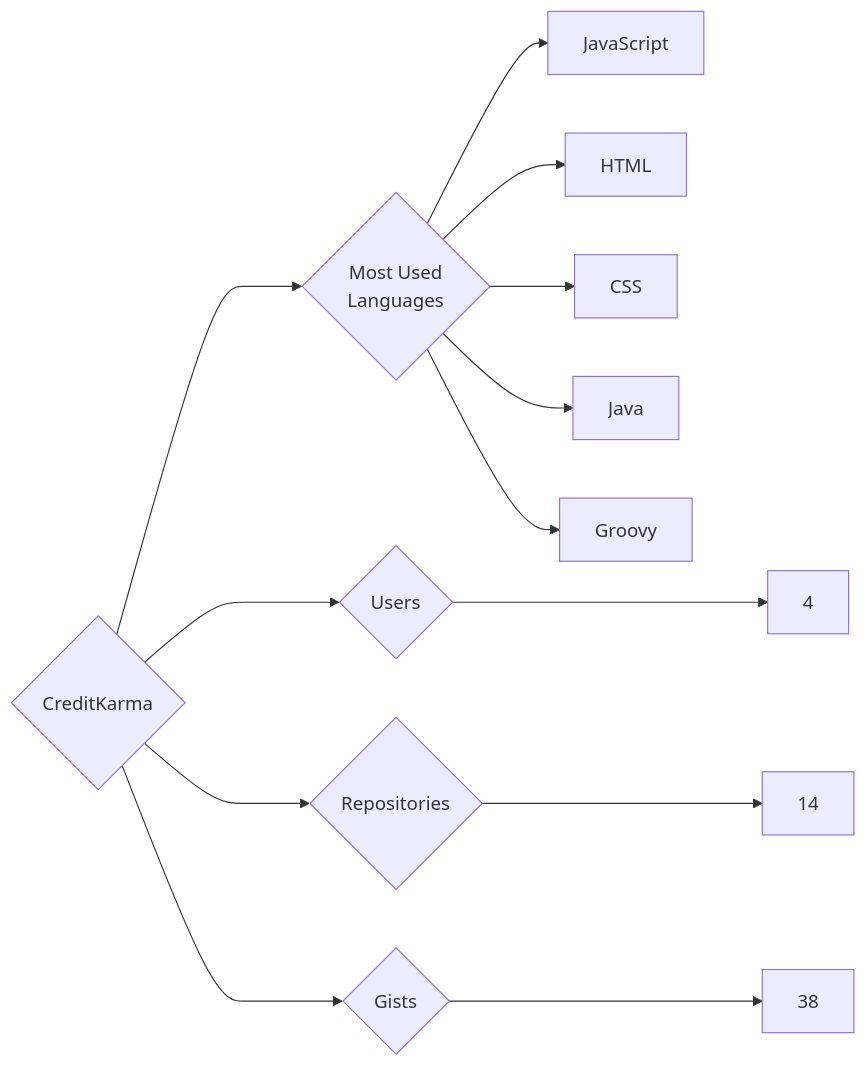
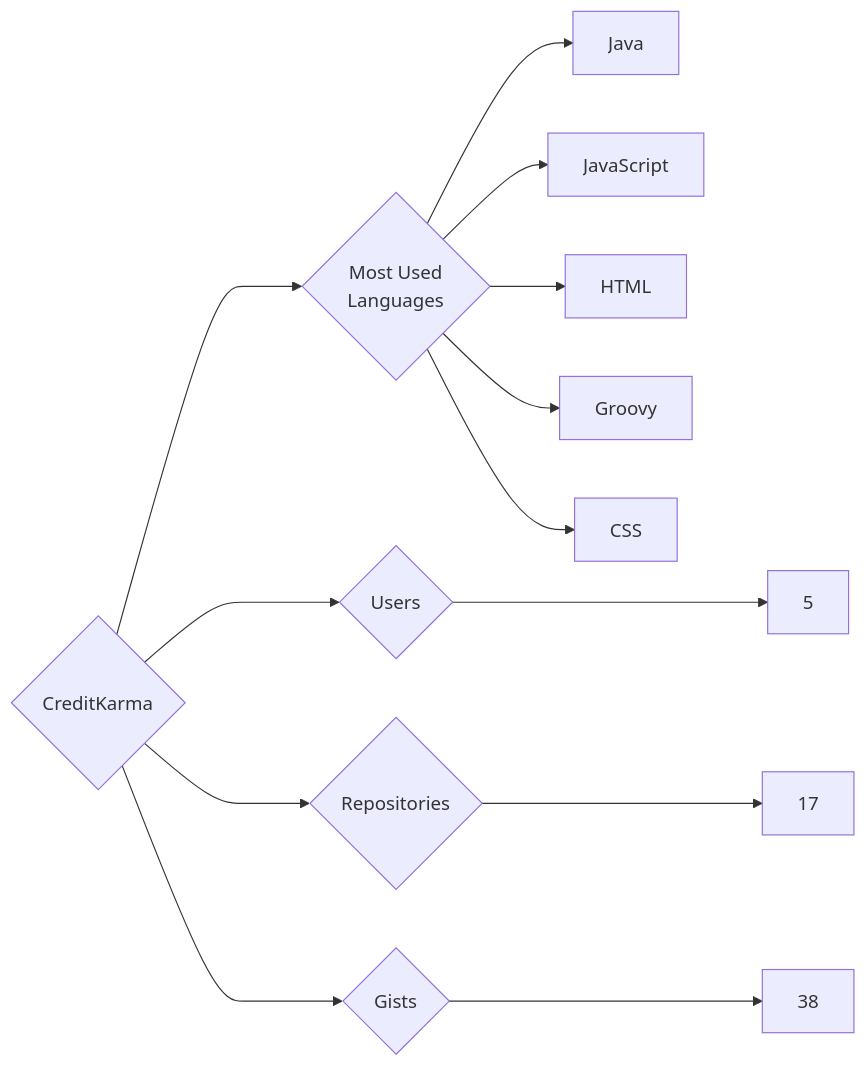
The diagram in targets/CreditKarma/README.md (trickest/insiders), drawn with Mermaid before and after one commit. The commit also changed 1089 other files, not shown here.

````diff
--- a/targets/CreditKarma/README.md
+++ b/targets/CreditKarma/README.md
@@ -3,13 +3,13 @@
 ```mermaid
 graph LR
 COMPANY_NAME{CreditKarma}
-COMPANY_NAME ---> U{Users} ---> UN[4]
-COMPANY_NAME ---> R{Repositories} ---> RN[14]
+COMPANY_NAME ---> U{Users} ---> UN[5]
+COMPANY_NAME ---> R{Repositories} ---> RN[17]
 COMPANY_NAME ---> G{Gists} ---> GN[38]
 COMPANY_NAME ---> ML{Most Used<br>Languages}
+ML --> Java[Java]
 ML --> JavaScript[JavaScript]
 ML --> HTML[HTML]
+ML --> Groovy[Groovy]
 ML --> CSS[CSS]
-ML --> Java[Java]
-ML --> Groovy[Groovy]
 ```
````
